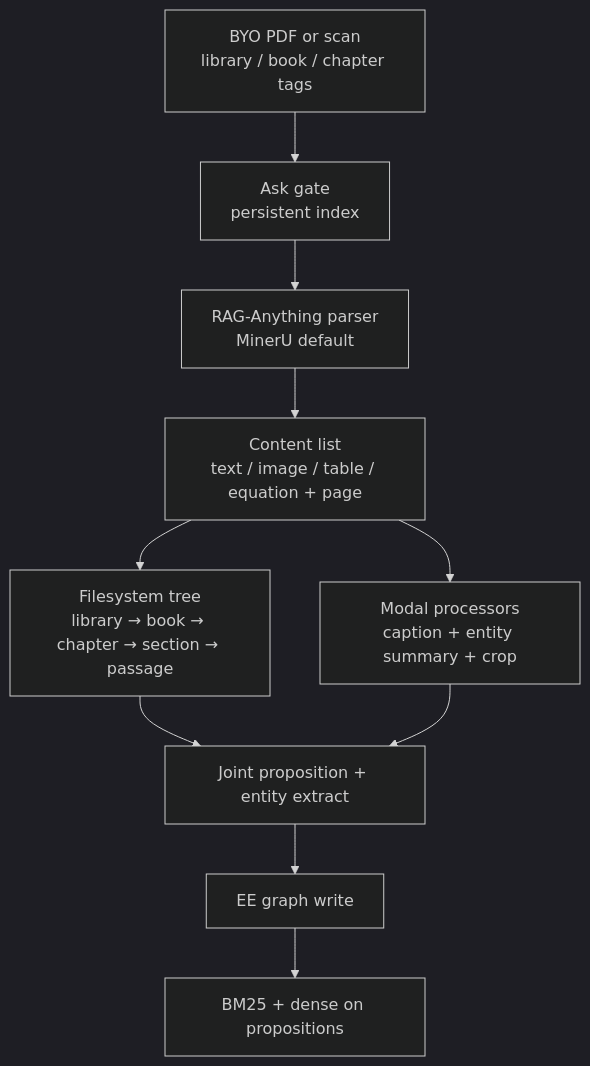
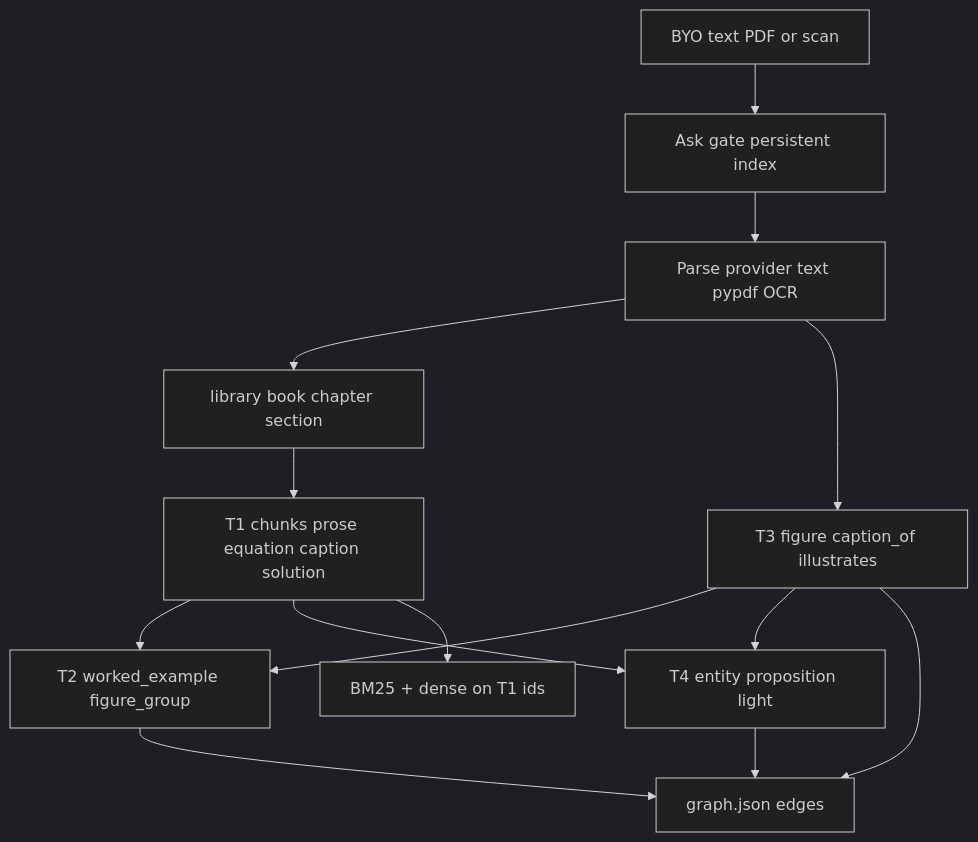
The second of 4 diagrams in docs/architecture/rag.md (Vinayak-RZ/ARC), drawn with Mermaid (dark theme) before and after one commit. The commit also changed other lines of this file and 4 other files, not shown here.

First line of the commit message:
docs(rag): sync harness and architecture ingest/query diagrams

````diff
--- a/docs/architecture/rag.md
+++ b/docs/architecture/rag.md
@@ -56,19 +58,24 @@
 ```mermaid
 flowchart TB
-  Drop["BYO PDF or scan\nlibrary / book / chapter tags"]
-  Gate["Ask gate\npersistent index"]
-  Parse["RAG-Anything parser\nMinerU default"]
-  Split["Content list\ntext / image / table / equation + page"]
-  Tree["Filesystem tree\nlibrary → book → chapter → section → passage"]
-  Modal["Modal processors\ncaption + entity summary + crop"]
-  Prop["Joint proposition + entity extract"]
-  Graph["EE graph write"]
-  Idx["BM25 + dense on propositions"]
+  Drop["BYO text PDF or scan"]
+  Gate["Ask gate persistent index"]
+  Parse["Parse provider text pypdf OCR"]
+  Tree["library book chapter section"]
+  Units["T1 chunks prose equation caption solution"]
+  Parents["T2 worked_example figure_group"]
+  Figs["T3 figure caption_of illustrates"]
+  Concepts["T4 entity proposition light"]
+  Idx["BM25 + dense on T1 ids"]
+  GStore["graph.json edges"]
 
-  Drop --> Gate --> Parse --> Split
-  Split --> Tree
-  Split --> Modal
-  Tree --> Prop
-  Modal --> Prop
-  Prop --> Graph --> Idx
+  Drop --> Gate --> Parse --> Tree --> Units
+  Units --> Parents
+  Parse --> Figs
+  Figs --> Parents
+  Units --> Concepts
+  Figs --> Concepts
+  Units --> Idx
+  Parents --> GStore
+  Figs --> GStore
+  Concepts --> GStore
 ```
````
